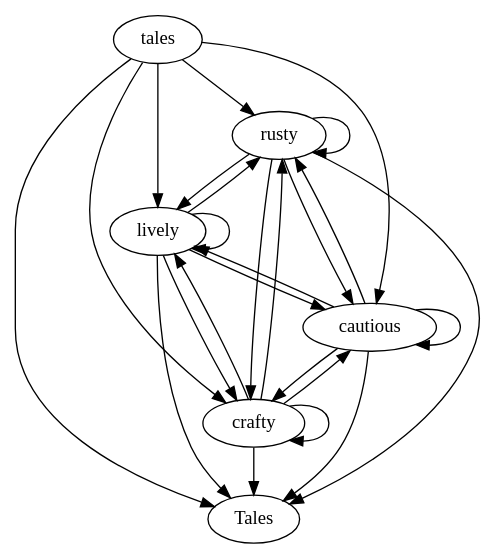
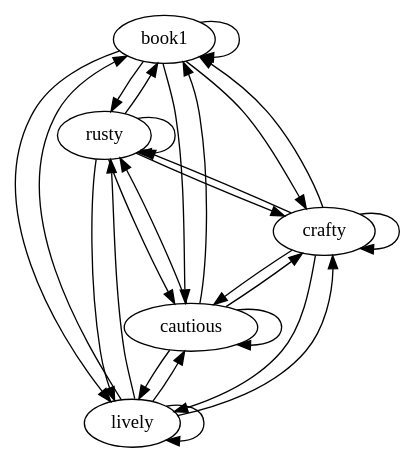
Before and after one commit to mskmoorthy/PancaTantra-Graph: the diagram in src/logos/panchalogo.gv, drawn with Graphviz.

```diff
--- a/src/logos/panchalogo.gv
+++ b/src/logos/panchalogo.gv
@@ -1,3 +1,3 @@
 digraph P  {
-     {tales, rusty, lively, cautious, crafty}->{Tales, rusty, lively, cautious, crafty}
+     {book1, rusty, lively, cautious, crafty}->{book1, rusty, lively, cautious, crafty}
 }
```
